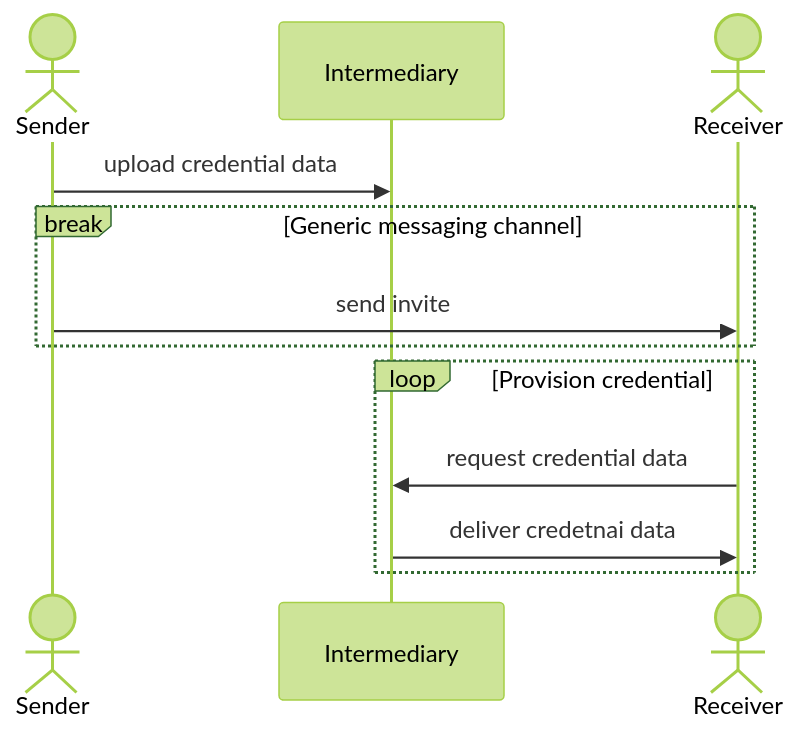
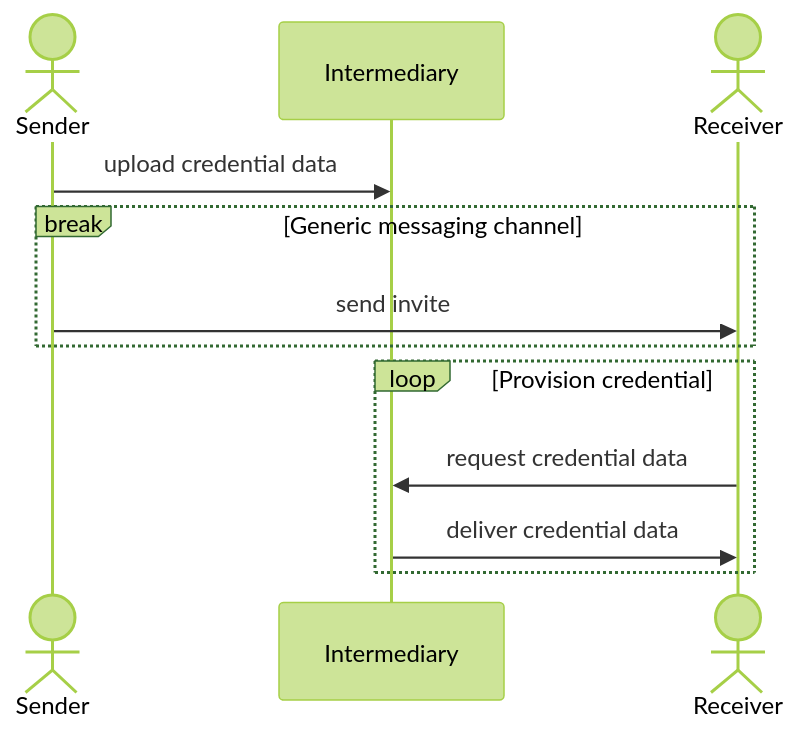
One commit to dimmyvi/tigress-requirements changed the diagram in draft-tigress-requirements.md. Above: the diagram before and after it, drawn with Mermaid (forest theme).

````diff
--- a/draft-tigress-requirements.md
+++ b/draft-tigress-requirements.md
@@ -134,14 +134,14 @@
 ```mermaid
 sequenceDiagram
     actor S as Sender
     participant I as Intermediary
     actor R as Receiver
     S ->> I : upload credential data
     break Generic messaging channel
       S ->> R : send invite
     end
     Loop Provision credential
       R ->> I : request credential data
-      I ->> R : deliver credetnai data
+      I ->> R : deliver credential data
     end
 ```
````
